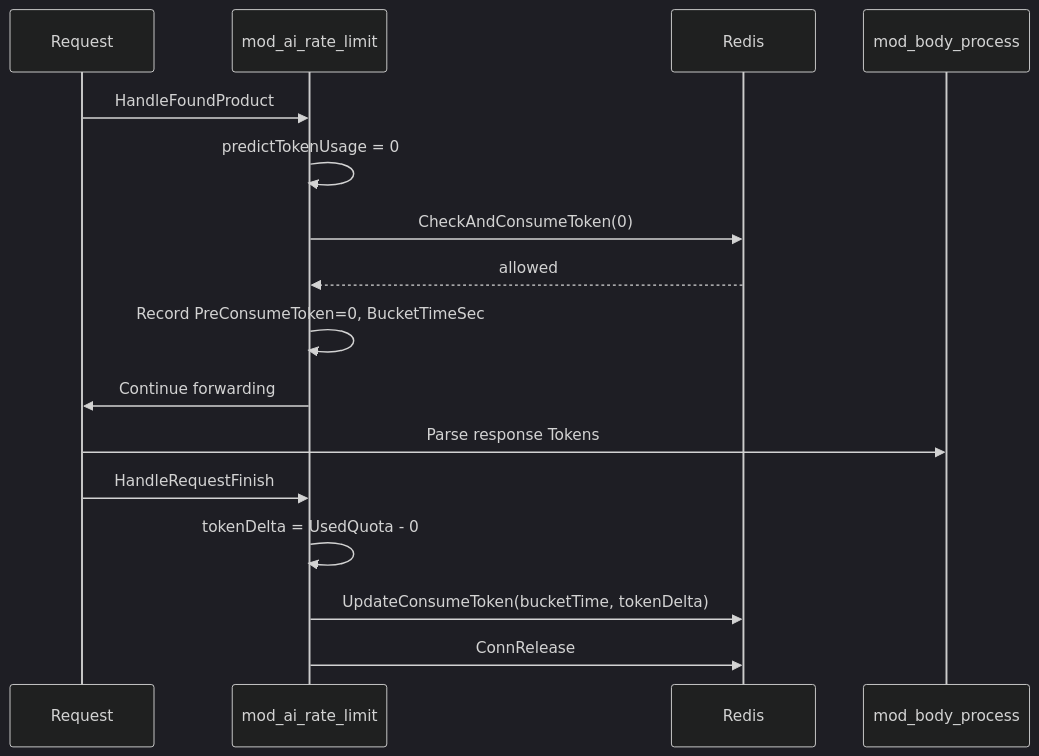
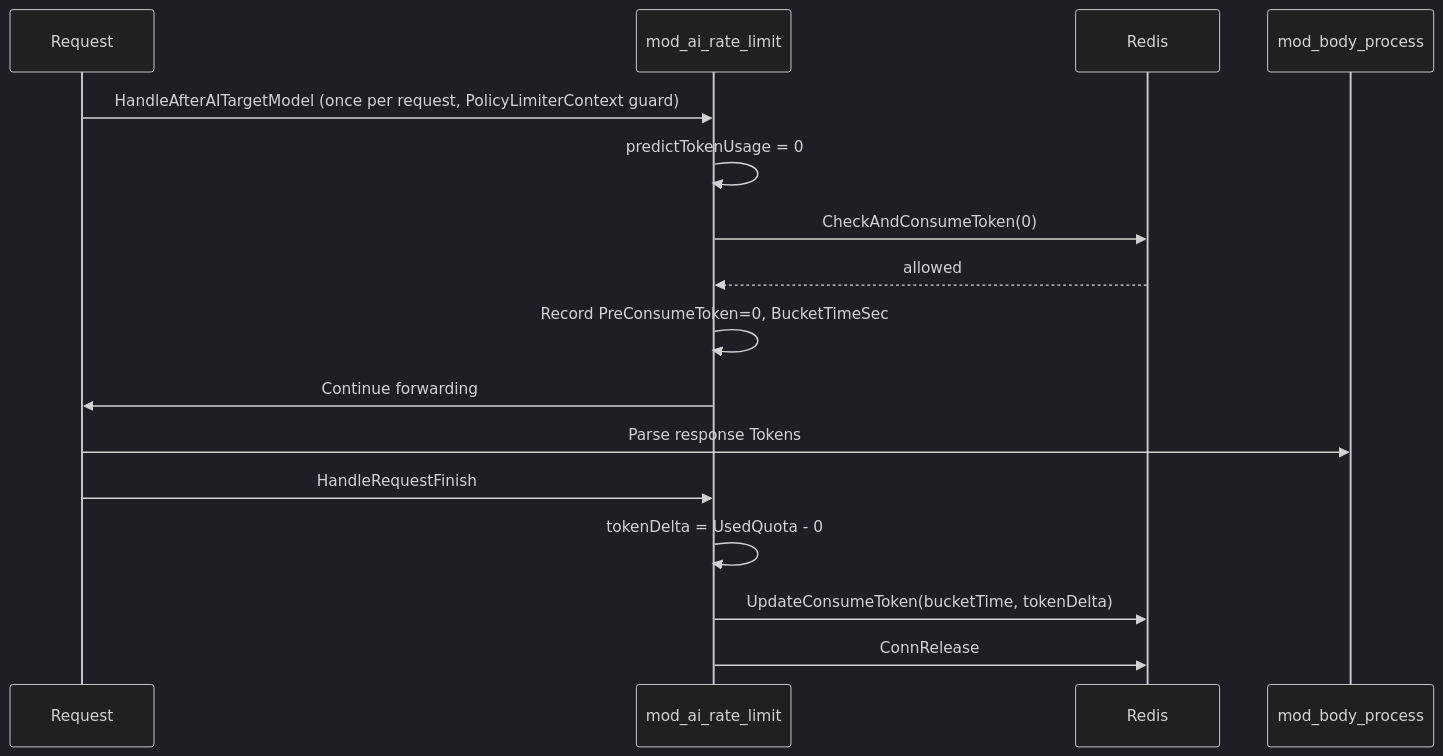
The second of 2 diagrams in en_us/implementation/chapter33-mod-ai-rate-limit.md (mileszhang2016/rainway-book), drawn with Mermaid (dark theme) before and after one commit. The commit also changed other lines of this file and 55 other files, not shown here.

````diff
--- a/en_us/implementation/chapter33-mod-ai-rate-limit.md
+++ b/en_us/implementation/chapter33-mod-ai-rate-limit.md
@@ -136,19 +141,19 @@
 ```mermaid
 sequenceDiagram
     participant R as Request
     participant M as mod_ai_rate_limit
     participant RC as Redis
     participant BP as mod_body_process
 
-    R ->> M: HandleFoundProduct
+    R ->> M: HandleAfterAITargetModel (once per request, PolicyLimiterContext guard)
     M ->> M: predictTokenUsage = 0
     M ->> RC: CheckAndConsumeToken(0)
     RC -->> M: allowed
     M ->> M: Record PreConsumeToken=0, BucketTimeSec
     M ->> R: Continue forwarding
     R ->> BP: Parse response Tokens
     R ->> M: HandleRequestFinish
     M ->> M: tokenDelta = UsedQuota - 0
     M ->> RC: UpdateConsumeToken(bucketTime, tokenDelta)
     M ->> RC: ConnRelease
 ```
````
